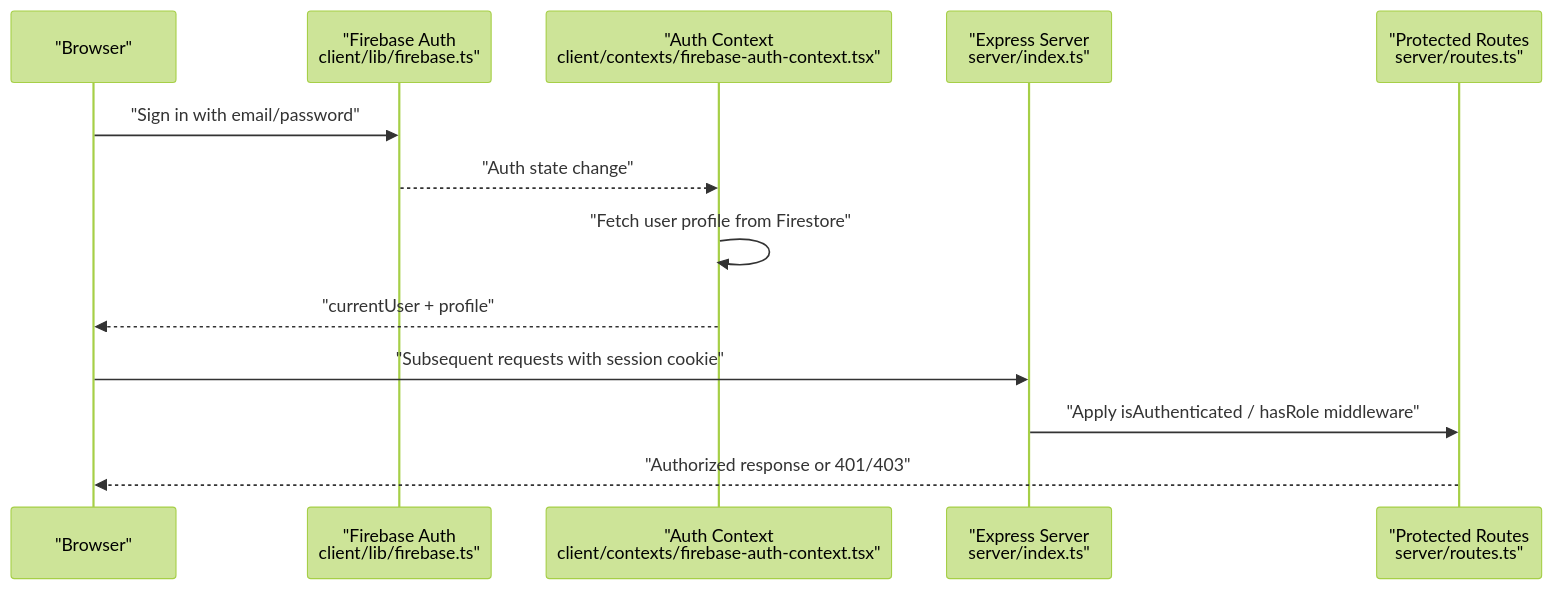
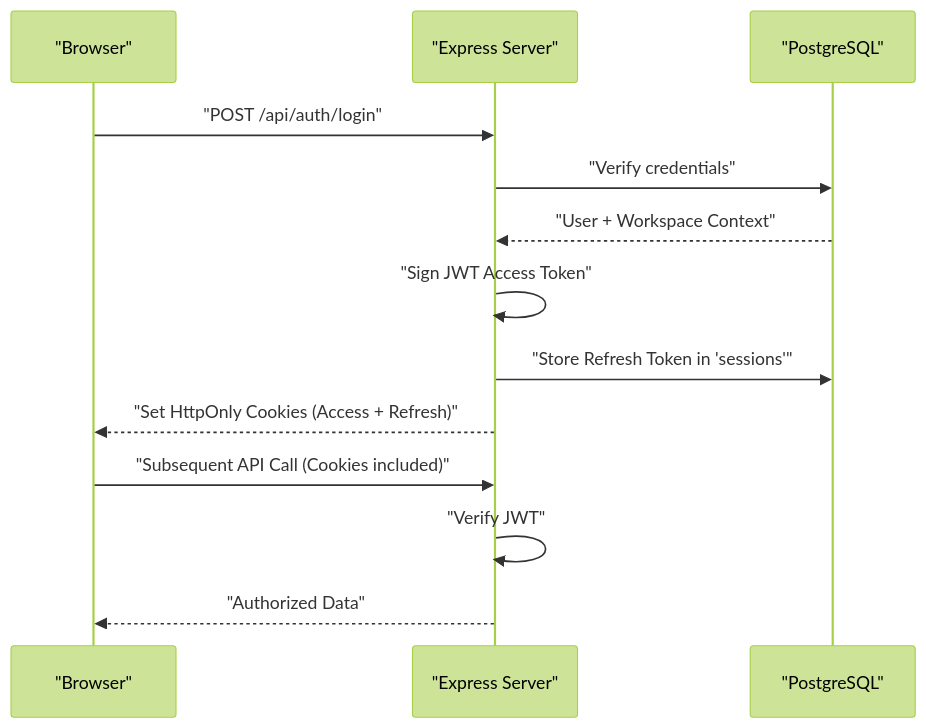
One commit to nitishssh/Class-mode changed the second of 2 diagrams in docs/code-wiki/content/Authentication & Authorization/Authentication & Authorization.md. Above: the diagram before and after it, drawn with Mermaid (forest theme). The commit also changed other lines of this file and 13 other files, not shown here.

Commit message:
refactor: migrate authentication system from Firebase to self-hosted PostgreSQL-backed identity management

````diff
--- a/docs/code-wiki/content/Authentication & Authorization/Authentication & Authorization.md
+++ b/docs/code-wiki/content/Authentication & Authorization/Authentication & Authorization.md
@@ -122,15 +81,15 @@
 ```mermaid
 sequenceDiagram
 participant Browser as "Browser"
-participant Firebase as "Firebase Auth<br/>client/lib/firebase.ts"
-participant Context as "Auth Context<br/>client/contexts/firebase-auth-context.tsx"
-participant Server as "Express Server<br/>server/index.ts"
-participant Routes as "Protected Routes<br/>server/routes.ts"
-Browser->>Firebase : "Sign in with email/password"
-Firebase-->>Context : "Auth state change"
-Context->>Context : "Fetch user profile from Firestore"
-Context-->>Browser : "currentUser + profile"
-Browser->>Server : "Subsequent requests with session cookie"
-Server->>Routes : "Apply isAuthenticated / hasRole middleware"
-Routes-->>Browser : "Authorized response or 401/403"
+participant Server as "Express Server"
+participant PG as "PostgreSQL"
+Browser->>Server : "POST /api/auth/login"
+Server->>PG : "Verify credentials"
+PG-->>Server : "User + Workspace Context"
+Server->>Server : "Sign JWT Access Token"
+Server->>PG : "Store Refresh Token in 'sessions'"
+Server-->>Browser : "Set HttpOnly Cookies (Access + Refresh)"
+Browser->>Server : "Subsequent API Call (Cookies included)"
+Server->>Server : "Verify JWT"
+Server-->>Browser : "Authorized Data"
 ```
````
